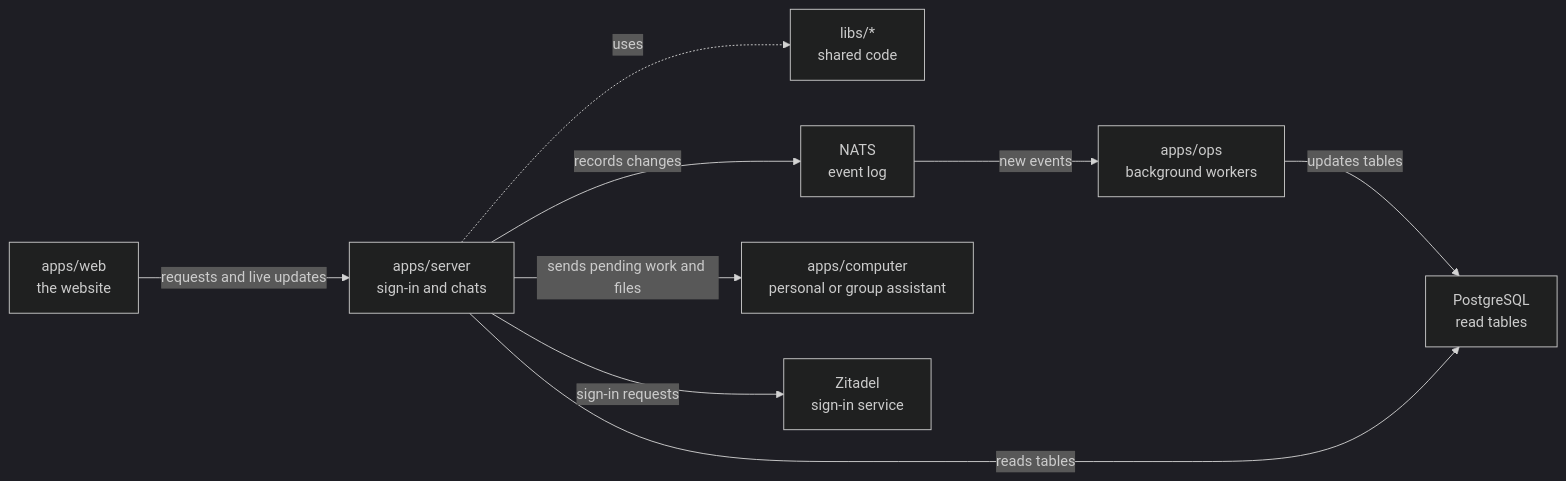
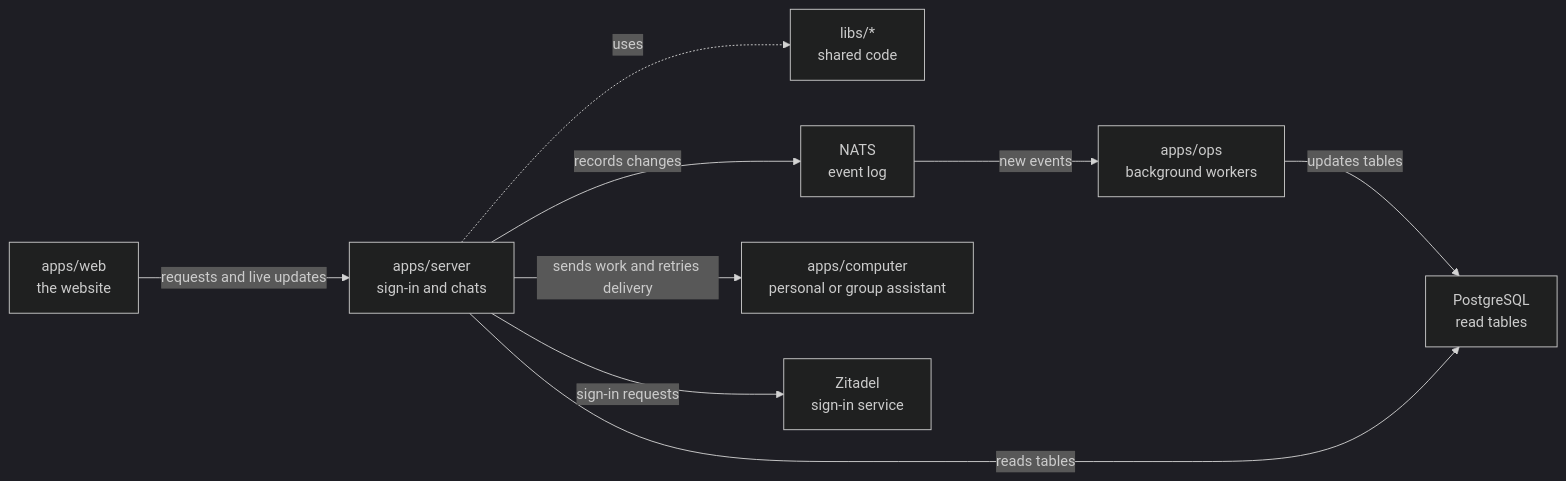
The diagram in apps/server/README.md (elewa-git/opencrane-new), drawn with Mermaid (dark theme) before and after one commit. The commit also changed other lines of this file and 17 other files, not shown here.

````diff
--- a/apps/server/README.md
+++ b/apps/server/README.md
@@ -11,11 +11,11 @@
 ```mermaid
 flowchart LR
   web["apps/web<br/>the website"] -->|requests and live updates| server["apps/server<br/>sign-in and chats"]
   server -.->|uses| libs["libs/*<br/>shared code"]
   server -->|records changes| nats["NATS<br/>event log"]
   nats -->|new events| ops["apps/ops<br/>background workers"]
   ops -->|updates tables| postgres["PostgreSQL<br/>read tables"]
   server -->|reads tables| postgres
-  server -->|sends pending work and files| computer["apps/computer<br/>personal or group assistant"]
+  server -->|sends work and retries delivery| computer["apps/computer<br/>personal or group assistant"]
   server -->|sign-in requests| zitadel["Zitadel<br/>sign-in service"]
 ```
````
